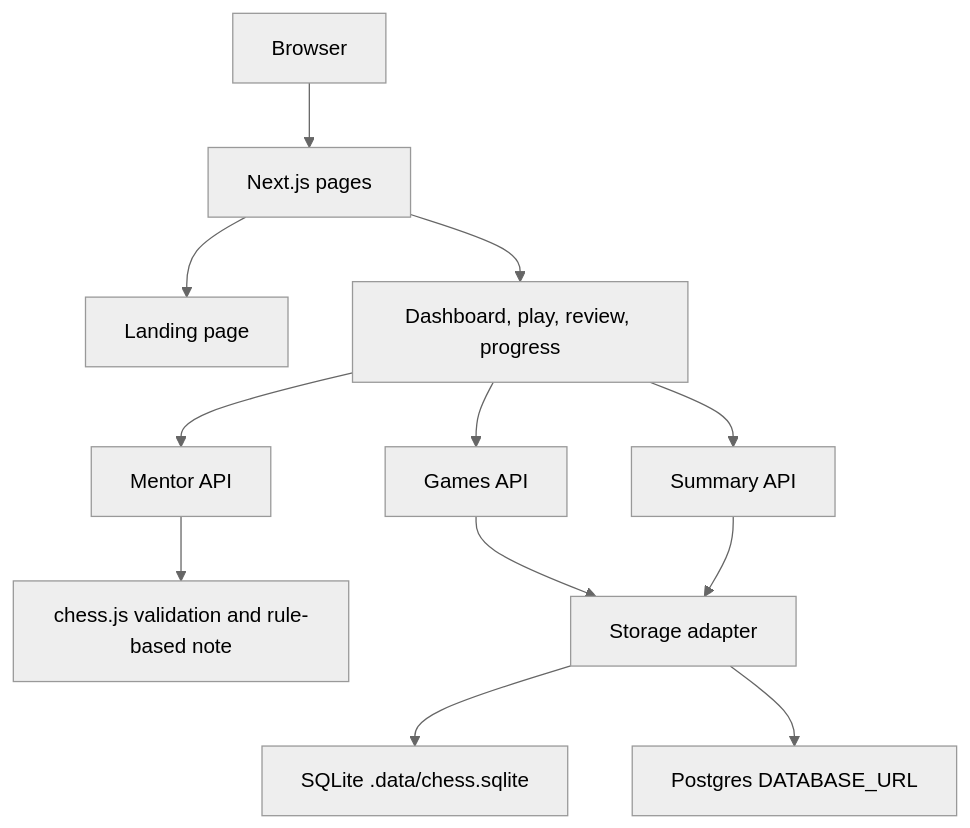
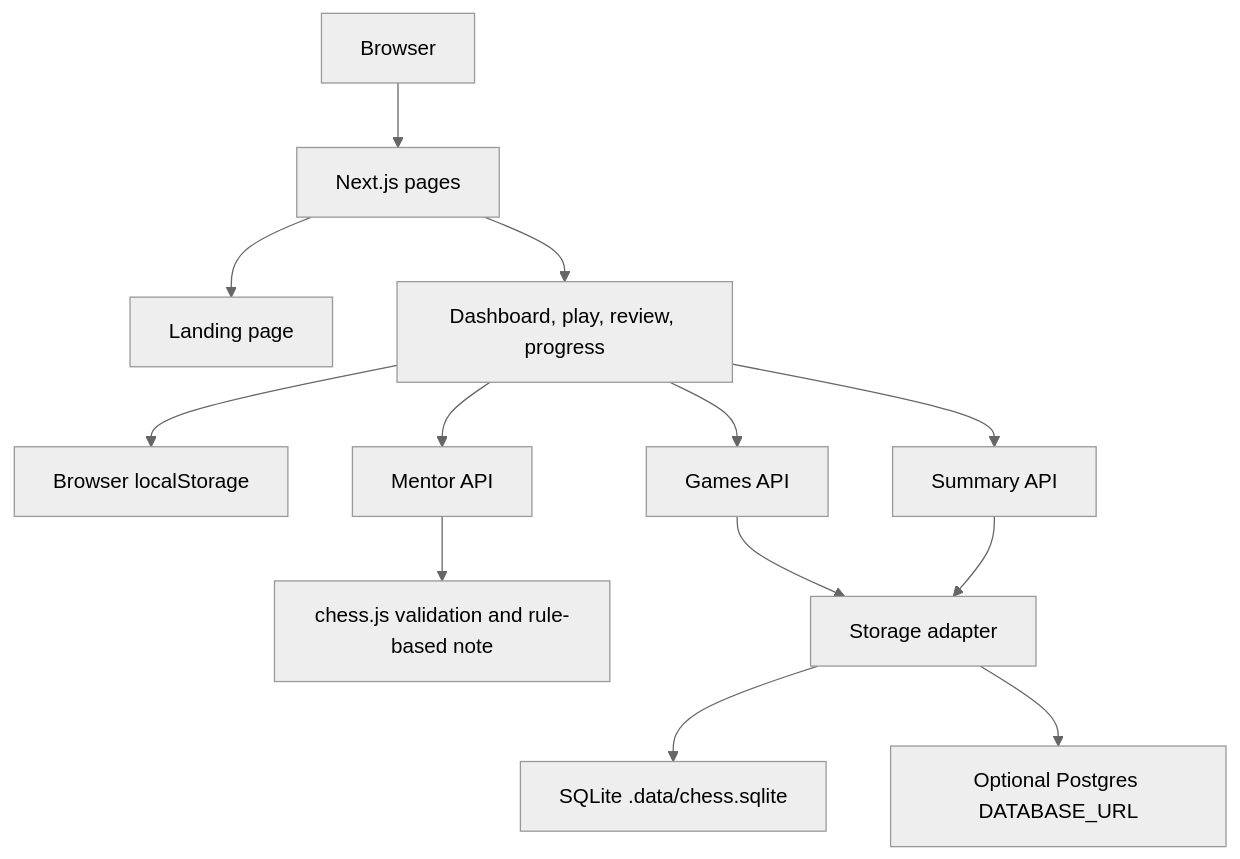
One commit to jaexmachine/morrow-chess changed the diagram in docs/ARCHITECTURE.md. Above: the diagram before and after it, drawn with Mermaid (neutral theme). The commit also changed other lines of this file and 4 other files, not shown here.

````diff
--- a/docs/ARCHITECTURE.md
+++ b/docs/ARCHITECTURE.md
@@ -5,14 +5,15 @@
 ```mermaid
 flowchart TD
   Visitor[Browser] --> Pages[Next.js pages]
   Pages --> Landing[Landing page]
   Pages --> Workspace[Dashboard, play, review, progress]
+  Workspace --> BrowserStore[Browser localStorage]
   Workspace --> Summary[Summary API]
   Workspace --> Mentor[Mentor API]
   Workspace --> Games[Games API]
   Mentor --> Rules[chess.js validation and rule-based note]
   Games --> Store[Storage adapter]
   Summary --> Store
   Store --> Local[SQLite .data/chess.sqlite]
-  Store --> Cloud[Postgres DATABASE_URL]
+  Store --> Cloud[Optional Postgres DATABASE_URL]
 ```
````
